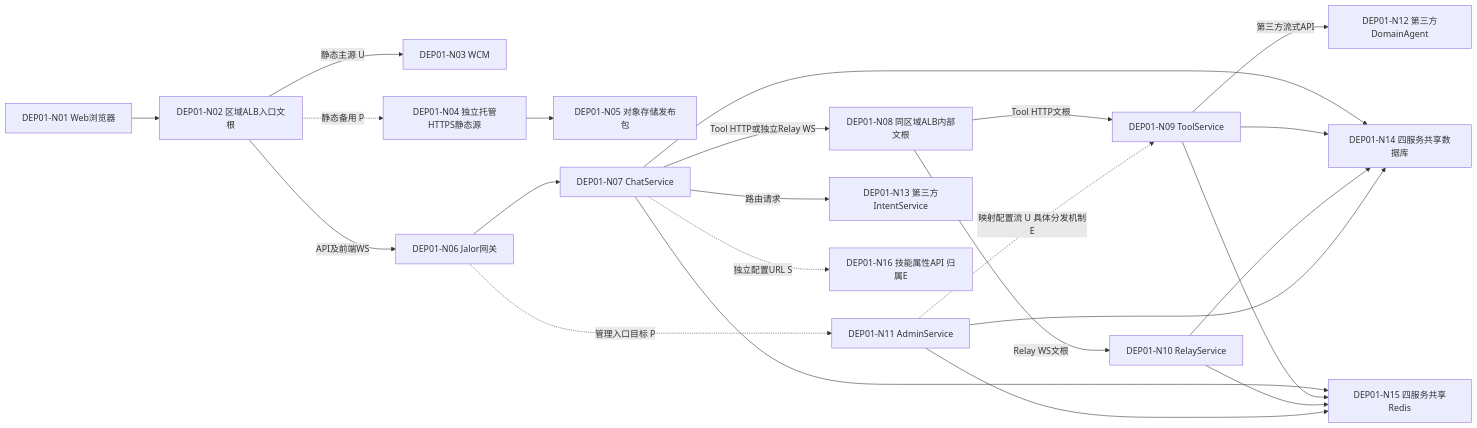
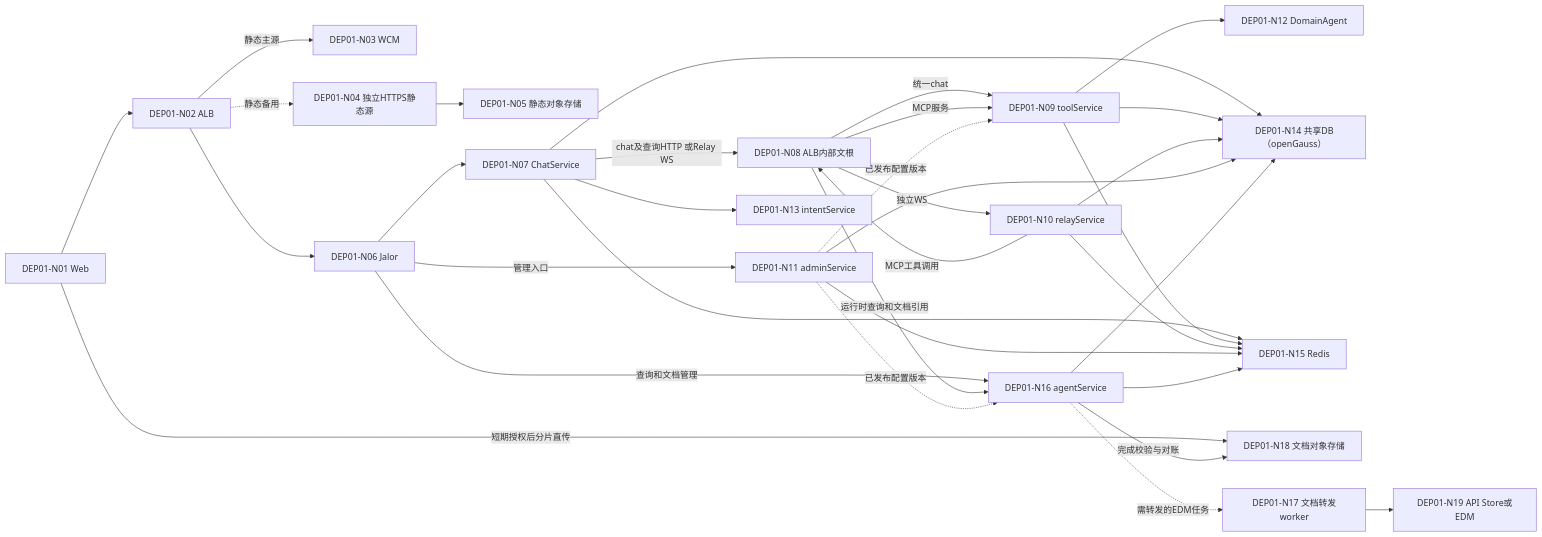
The second of 7 diagrams in docs/architecture/high-availability/deployment.md (kunben-duck/exweb), drawn with Mermaid before and after one commit. The commit also changed other lines of this file and 9 other files, not shown here.

Commit message:
docs: refine HA stability and agent service isolation design

````diff
--- a/docs/architecture/high-availability/deployment.md
+++ b/docs/architecture/high-availability/deployment.md
@@ -31,28 +66,35 @@
 ```mermaid
 flowchart LR
-    web["DEP01-N01 Web浏览器"] --> edge["DEP01-N02 区域ALB入口文根"]
-    edge -->|静态主源 U| wcm["DEP01-N03 WCM"]
-    edge -.->|静态备用 P| staticOrigin["DEP01-N04 独立托管HTTPS静态源"]
-    staticOrigin --> objects["DEP01-N05 对象存储发布包"]
-    edge -->|API及前端WS| jalor["DEP01-N06 Jalor网关"]
+    web["DEP01-N01 Web"] --> edge["DEP01-N02 ALB"]
+    edge -->|静态主源| wcm["DEP01-N03 WCM"]
+    edge -.->|静态备用| staticOrigin["DEP01-N04 独立HTTPS静态源"]
+    staticOrigin --> staticObjects["DEP01-N05 静态对象存储"]
+    edge --> jalor["DEP01-N06 Jalor"]
     jalor --> chat["DEP01-N07 ChatService"]
-    tool["DEP01-N09 ToolService"]
-    relay["DEP01-N10 RelayService"]
-    admin["DEP01-N11 AdminService"]
-    chat -->|Tool HTTP或独立Relay WS| internal["DEP01-N08 同区域ALB内部文根"]
-    internal -->|Tool HTTP文根| tool
-    internal -->|Relay WS文根| relay
-    jalor -.->|管理入口目标 P| admin
-    admin -.->|映射配置流 U 具体分发机制E| tool
-    tool -->|第三方流式API| domain["DEP01-N12 第三方DomainAgent"]
-    chat -->|路由请求| intent["DEP01-N13 第三方IntentService"]
-    chat --> db["DEP01-N14 四服务共享数据库"]
+    jalor -->|查询和文档管理| agent["DEP01-N16 agentService"]
+    jalor -->|管理入口| admin["DEP01-N11 adminService"]
+    chat -->|chat及查询HTTP 或Relay WS| internal["DEP01-N08 ALB内部文根"]
+    internal -->|统一chat| tool["DEP01-N09 toolService"]
+    internal -->|运行时查询和文档引用| agent
+    internal -->|独立WS| relay["DEP01-N10 relayService"]
+    relay -->|MCP工具调用| internal
+    internal -->|MCP服务| tool
+    tool --> domain["DEP01-N12 DomainAgent"]
+    chat --> intent["DEP01-N13 intentService"]
+    admin -.->|已发布配置版本| tool
+    admin -.->|已发布配置版本| agent
+    chat --> db["DEP01-N14 共享DB（openGauss）"]
     tool --> db
     relay --> db
     admin --> db
-    chat --> redis["DEP01-N15 四服务共享Redis"]
+    agent --> db
+    chat --> redis["DEP01-N15 Redis"]
     tool --> redis
     relay --> redis
     admin --> redis
-    chat -.->|独立配置URL S| skill["DEP01-N16 技能属性API 归属E"]
+    agent --> redis
+    web -->|短期授权后分片直传| objects["DEP01-N18 文档对象存储"]
+    agent -->|完成校验与对账| objects
+    agent -.->|需转发的EDM任务| worker["DEP01-N17 文档转发worker"]
+    worker --> edm["DEP01-N19 API Store或EDM"]
 ```
````
